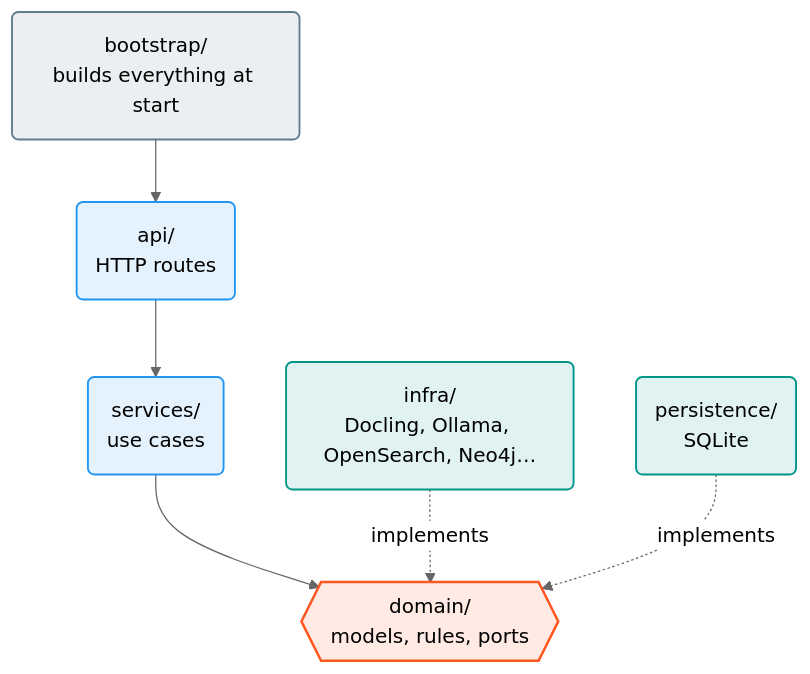
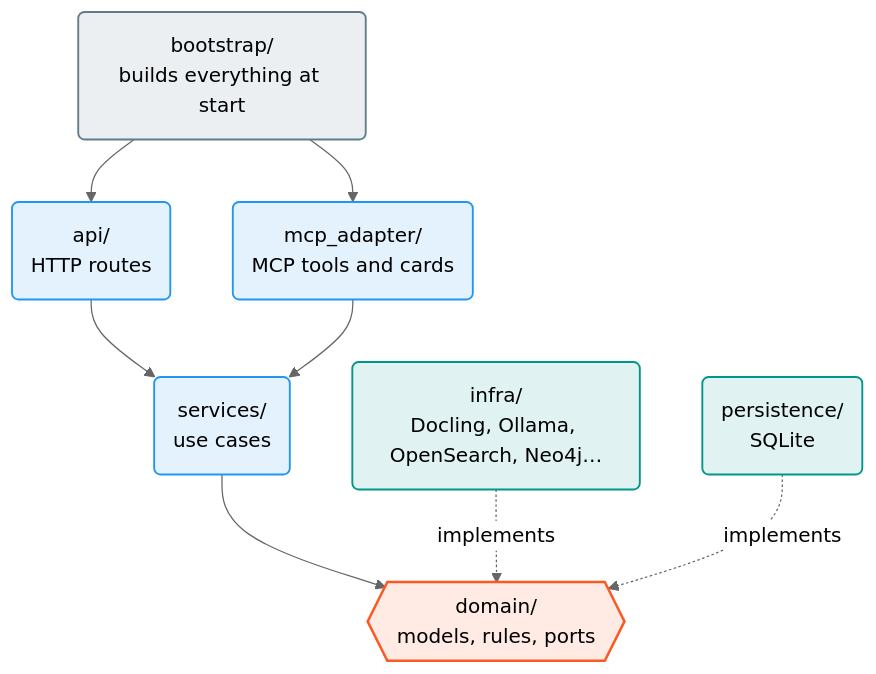
The second of 3 diagrams in docs/architecture.md (scub-france/docling-Studio), drawn with Mermaid (neutral theme) before and after one commit. The commit also changed other lines of this file, not shown here.

First line of the commit message:
docs(architecture): add the MCP server, analysis import and summaries

````diff
--- a/docs/architecture.md
+++ b/docs/architecture.md
@@ -45,17 +48,19 @@
 ```mermaid
 flowchart TB
     Bootstrap("bootstrap/<br/>builds everything at start") --> API("api/<br/>HTTP routes")
+    Bootstrap --> MCP("mcp_adapter/<br/>MCP tools and cards")
     API --> Services("services/<br/>use cases")
+    MCP --> Services
     Services --> Domain{{"domain/<br/>models, rules, ports"}}
     Infra("infra/<br/>Docling, Ollama, OpenSearch, Neo4j…") -.->|implements| Domain
     Persistence("persistence/<br/>SQLite") -.->|implements| Domain
 
     classDef grey fill:#607D8B1F,stroke:#607D8B,stroke-width:1.5px
     classDef blue fill:#2196F31F,stroke:#2196F3,stroke-width:1.5px
     classDef orange fill:#FF57221F,stroke:#FF5722,stroke-width:2px
     classDef teal fill:#0096881F,stroke:#009688,stroke-width:1.5px
     class Bootstrap grey
-    class API,Services blue
+    class API,MCP,Services blue
     class Domain orange
     class Infra,Persistence teal
 ```
````
